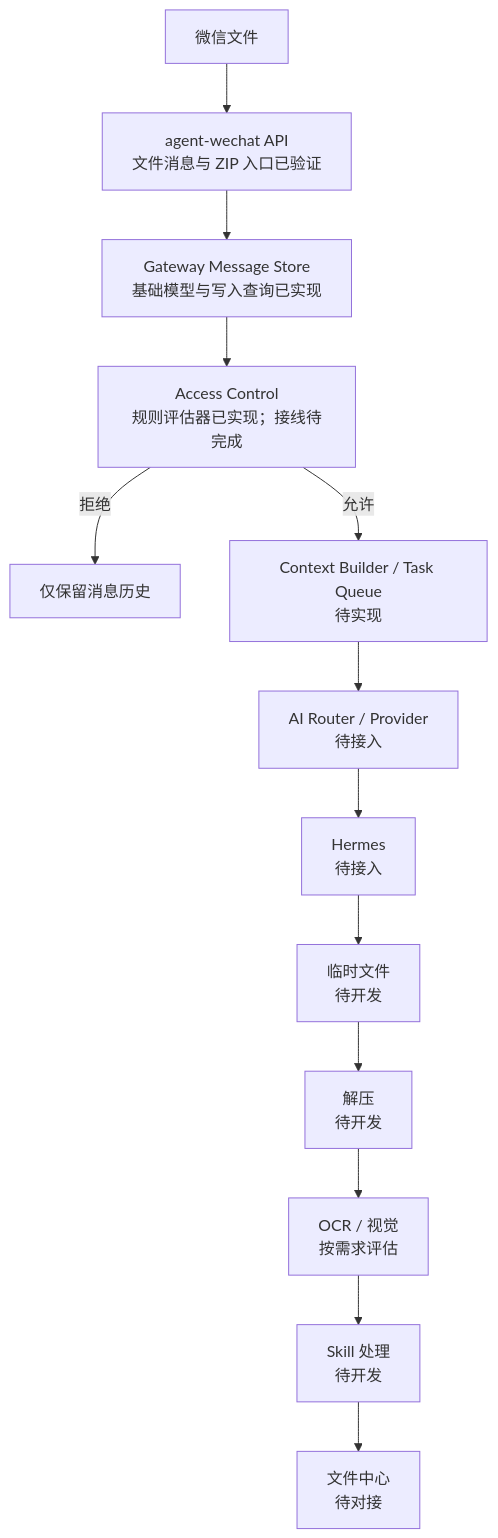
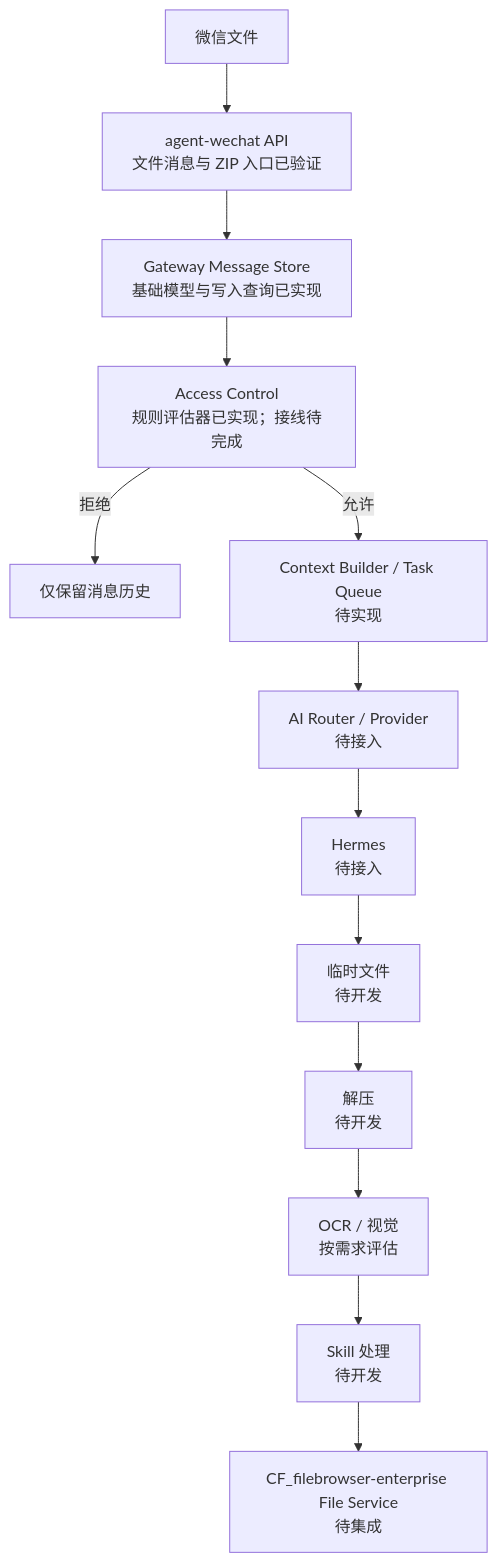
The second of 2 diagrams in 02_系统设计.md (Tangbohu09527/CF_ecommerce-automation-docs), drawn with Mermaid before and after one commit. The commit also changed other lines of this file and 9 other files, not shown here.

````diff
--- a/02_系统设计.md
+++ b/02_系统设计.md
@@ -110,15 +115,15 @@
 ```mermaid
 flowchart TB
     W["微信文件"] --> A["agent-wechat API<br/>文件消息与 ZIP 入口已验证"]
     A --> M["Gateway Message Store<br/>基础模型与写入查询已实现"]
     M --> AC["Access Control<br/>规则评估器已实现；接线待完成"]
     AC -->|"拒绝"| R["仅保留消息历史"]
     AC -->|"允许"| C["Context Builder / Task Queue<br/>待实现"]
     C --> P["AI Router / Provider<br/>待接入"]
     P --> H["Hermes<br/>待接入"]
     H --> T["临时文件<br/>待开发"]
     T --> U["解压<br/>待开发"]
     U --> V["OCR / 视觉<br/>按需求评估"]
     V --> S["Skill 处理<br/>待开发"]
-    S --> F["文件中心<br/>待对接"]
+    S --> F["CF_filebrowser-enterprise File Service<br/>待集成"]
 ```
````
